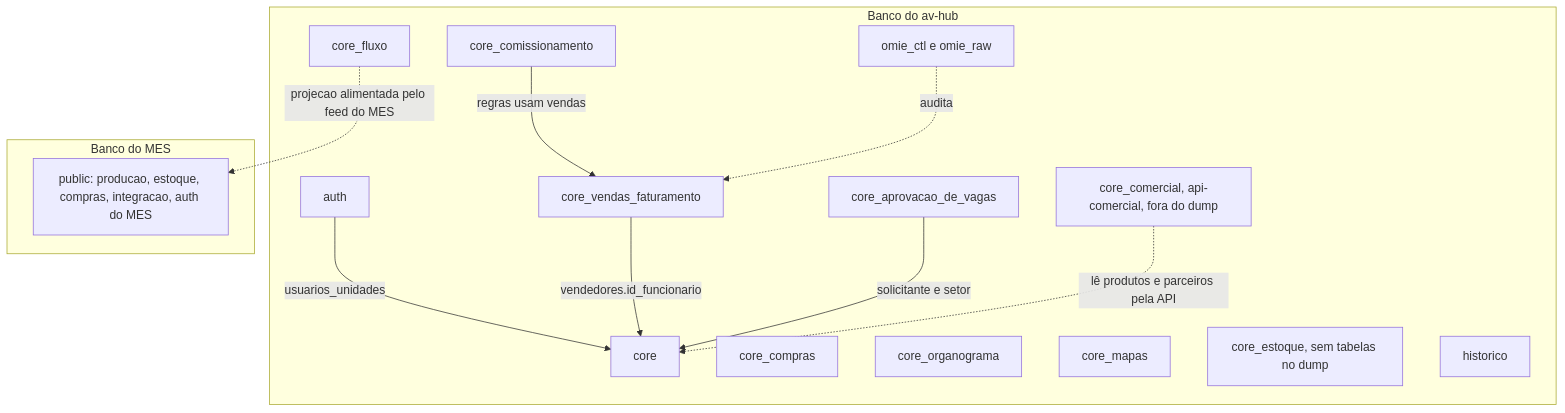
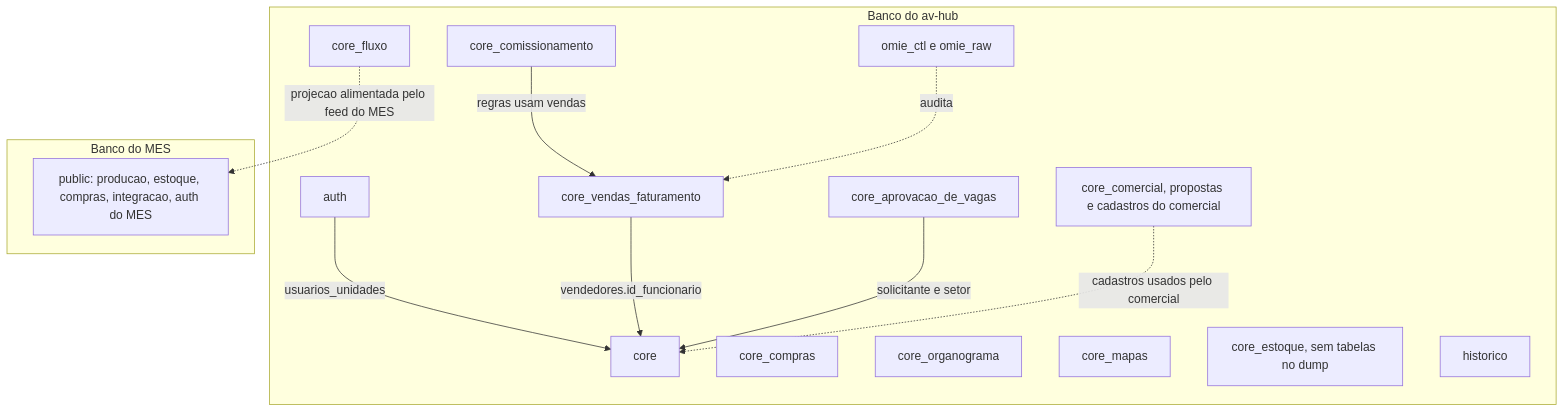
Before and after one commit to Acosvital/vault-avhub-mer: the third of 4 diagrams in 09-Diagramas/Componentes-e-Implantacao.md, drawn with Mermaid. The commit also changed other lines of this file and 125 other files, not shown here.

````diff
--- a/09-Diagramas/Componentes-e-Implantacao.md
+++ b/09-Diagramas/Componentes-e-Implantacao.md
@@ -119,29 +109,29 @@
 ```mermaid
 flowchart TB
     subgraph BANCO_AVHUB["Banco do av-hub"]
         S_CORE["core"]
         S_AUTH["auth"]
         S_VEN["core_vendas_faturamento"]
         S_COMPRAS["core_compras"]
         S_COMISSAO["core_comissionamento"]
         S_VAGAS["core_aprovacao_de_vagas"]
         S_ORG["core_organograma"]
         S_FLUXO["core_fluxo"]
         S_MAPAS["core_mapas"]
         S_ESTOQUE["core_estoque, sem tabelas no dump"]
         S_HIST["historico"]
-        S_COMERCIAL["core_comercial, api-comercial, fora do dump"]
+        S_COMERCIAL["core_comercial, propostas e cadastros do comercial"]
         S_OMIE["omie_ctl e omie_raw"]
     end
     subgraph BANCO_MES["Banco do MES"]
         S_PUBLIC["public: producao, estoque, compras, integracao, auth do MES"]
     end
 
     S_AUTH -->|"usuarios_unidades"| S_CORE
     S_VEN -->|"vendedores.id_funcionario"| S_CORE
     S_COMISSAO -->|"regras usam vendas"| S_VEN
     S_VAGAS -->|"solicitante e setor"| S_CORE
     S_FLUXO -.->|"projecao alimentada pelo feed do MES"| S_PUBLIC
     S_OMIE -.->|"audita"| S_VEN
-    S_COMERCIAL -.->|"lê produtos e parceiros pela API"| S_CORE
+    S_COMERCIAL -.->|"cadastros usados pelo comercial"| S_CORE
 ```
````
